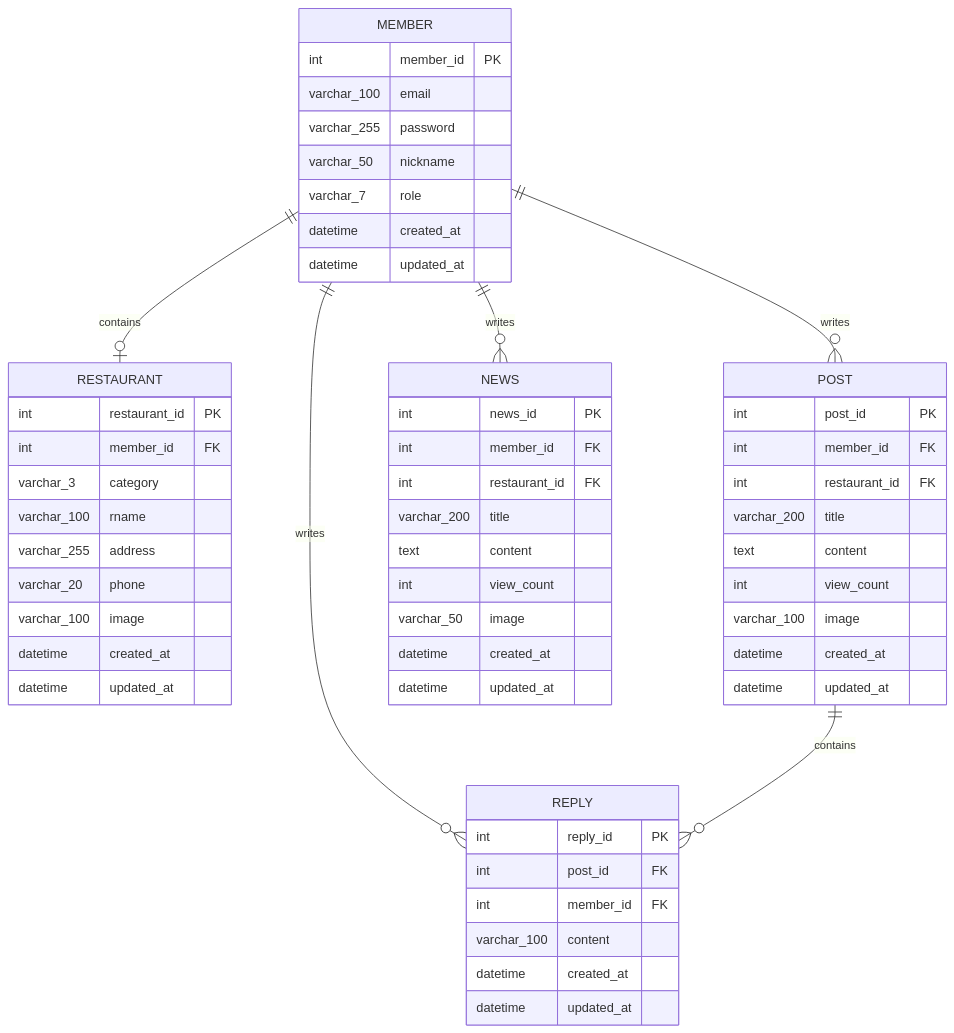
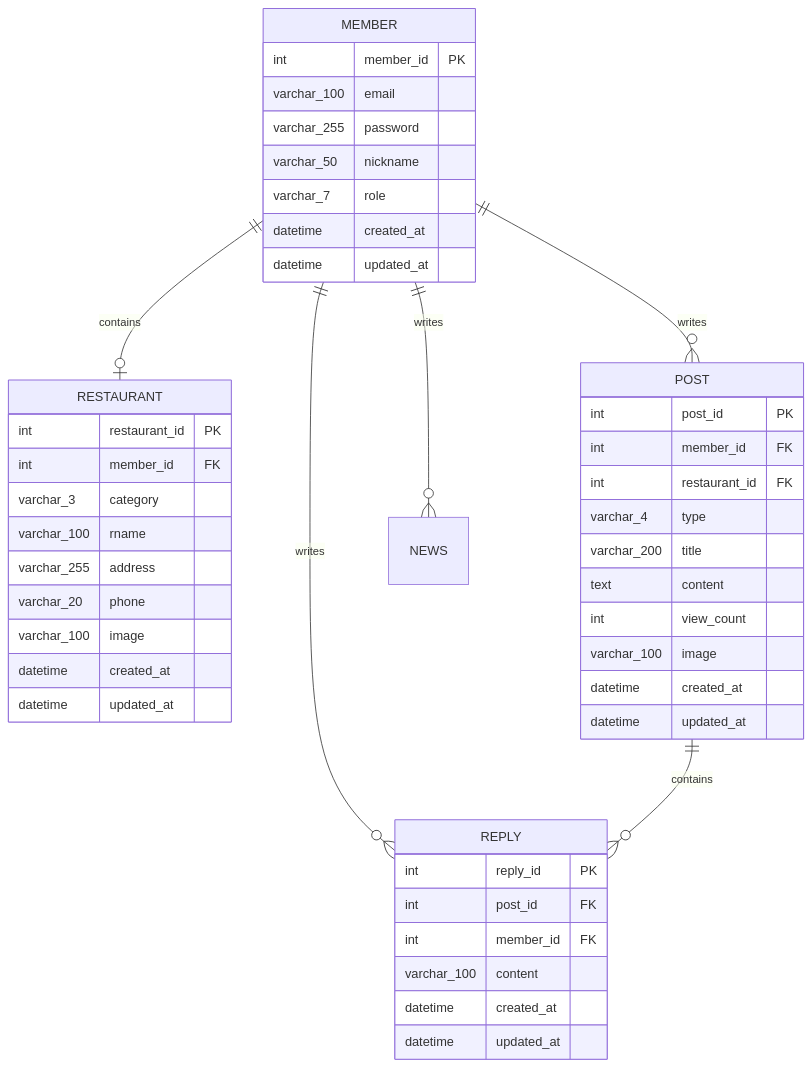
Before and after one commit to Vioeon/byte_and_bite: the diagram in docs/02_design/02_erd.md, drawn with Mermaid. The commit also changed other lines of this file and 28 other files, not shown here.

````diff
--- a/docs/02_design/02_erd.md
+++ b/docs/02_design/02_erd.md
@@ -13,63 +13,52 @@
 ```mermaid
 erDiagram
     MEMBER ||--o| RESTAURANT : contains
     MEMBER ||--o{ POST : writes
     MEMBER ||--o{ REPLY : writes
     MEMBER ||--o{ NEWS : writes
     POST ||--o{ REPLY : contains
 
     MEMBER {
         int member_id PK
         varchar_100 email
         varchar_255 password
         varchar_50 nickname
         varchar_7 role
         datetime created_at
         datetime updated_at
     }
     
     RESTAURANT {
         int restaurant_id PK
         int member_id FK
         varchar_3 category
         varchar_100 rname
         varchar_255 address
         varchar_20 phone
         varchar_100 image
         datetime created_at
         datetime updated_at
     }
 
     POST {
         int post_id PK
         int member_id FK
         int restaurant_id FK
+        varchar_4 type
         varchar_200 title
         text content
         int view_count
         varchar_100 image
-        datetime created_at
-        datetime updated_at
-    }
-    
-    NEWS {
-        int news_id PK
-        int member_id FK
-        int restaurant_id FK
-        varchar_200 title
-        text content
-        int view_count
-        varchar_50 image
         datetime created_at
         datetime updated_at
     }
 
     REPLY {
         int reply_id PK
         int post_id FK
         int member_id FK
         varchar_100 content
         datetime created_at
         datetime updated_at
     }
 ```
````
